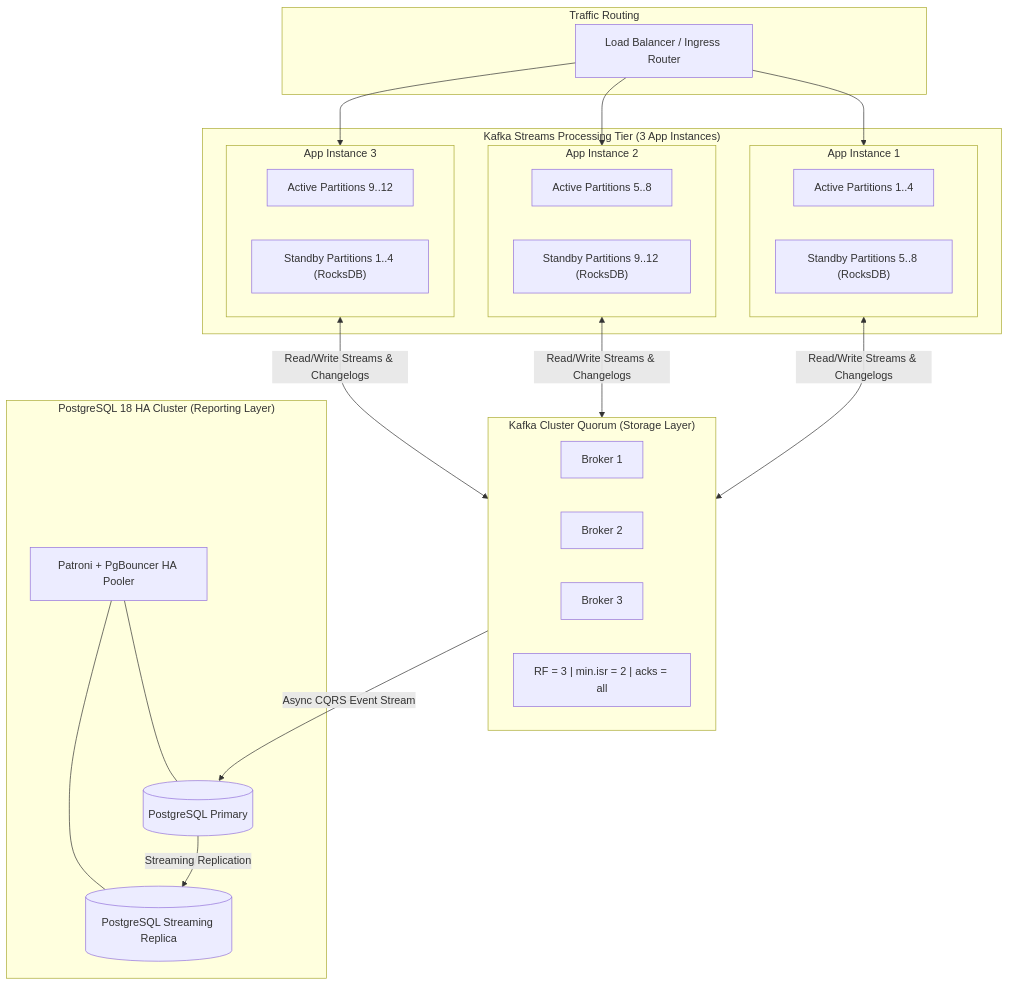
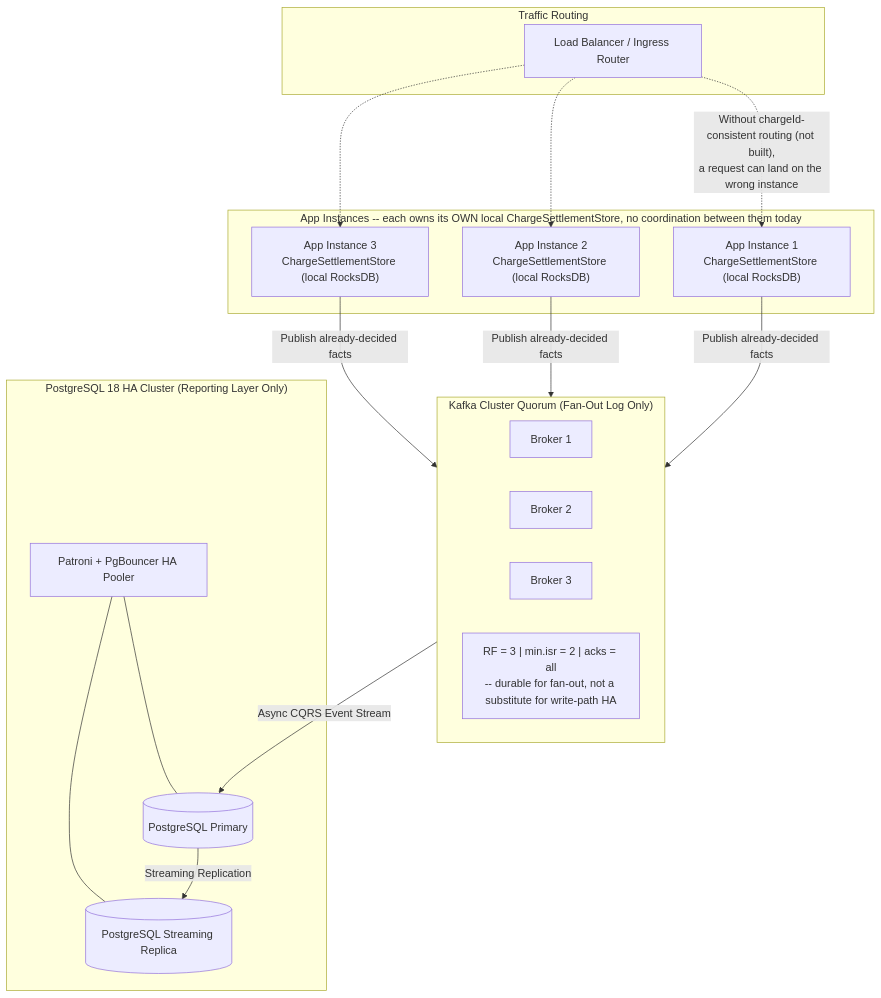
The seventh of 8 diagrams in README.md (artivisi/payment-gateway-evtsrc), drawn with Mermaid before and after one commit. The commit also changed other lines of this file and 5 other files, not shown here.

````diff
--- a/README.md
+++ b/README.md
@@ -526,50 +512,38 @@
 ```mermaid
 flowchart TD
     subgraph Edge ["Traffic Routing"]
         LB[Load Balancer / Ingress Router]
     end
 
-    subgraph App_Tier ["Kafka Streams Processing Tier (3 App Instances)"]
-        subgraph APP1 ["App Instance 1"]
-            A1_ACT["Active Partitions 1..4"]
-            A1_STB["Standby Partitions 5..8 (RocksDB)"]
-        end
-        subgraph APP2 ["App Instance 2"]
-            A2_ACT["Active Partitions 5..8"]
-            A2_STB["Standby Partitions 9..12 (RocksDB)"]
-        end
-        subgraph APP3 ["App Instance 3"]
-            A3_ACT["Active Partitions 9..12"]
-            A3_STB["Standby Partitions 1..4 (RocksDB)"]
-        end
+    subgraph App_Tier ["App Instances -- each owns its OWN local ChargeSettlementStore, no coordination between them today"]
+        APP1["App Instance 1<br/>ChargeSettlementStore (local RocksDB)"]
+        APP2["App Instance 2<br/>ChargeSettlementStore (local RocksDB)"]
+        APP3["App Instance 3<br/>ChargeSettlementStore (local RocksDB)"]
     end
 
-    subgraph Kafka_Tier ["Kafka Cluster Quorum (Storage Layer)"]
+    subgraph Kafka_Tier ["Kafka Cluster Quorum (Fan-Out Log Only)"]
         K1[Broker 1]
         K2[Broker 2]
         K3[Broker 3]
-        KAFKA_CFG["RF = 3 | min.isr = 2 | acks = all"]
+        KAFKA_CFG["RF = 3 | min.isr = 2 | acks = all<br/>-- durable for fan-out, not a substitute for write-path HA"]
     end
 
-    subgraph DB_Tier ["PostgreSQL 18 HA Cluster (Reporting Layer)"]
+    subgraph DB_Tier ["PostgreSQL 18 HA Cluster (Reporting Layer Only)"]
         PG_PRI[(PostgreSQL Primary)]
         PG_REP[(PostgreSQL Streaming Replica)]
         PATRONI["Patroni + PgBouncer HA Pooler"]
     end
 
-    %% Ingress routes
-    LB --> APP1
-    LB --> APP2
-    LB --> APP3
+    LB -.->|"Without chargeId-consistent routing (not built),<br/>a request can land on the wrong instance"| APP1
+    LB -.-> APP2
+    LB -.-> APP3
 
-    %% App to Kafka
-    APP1 <-->|Read/Write Streams & Changelogs| Kafka_Tier
-    APP2 <-->|Read/Write Streams & Changelogs| Kafka_Tier
-    APP3 <-->|Read/Write Streams & Changelogs| Kafka_Tier
+    APP1 -->|Publish already-decided facts| Kafka_Tier
+    APP2 -->|Publish already-decided facts| Kafka_Tier
+    APP3 -->|Publish already-decided facts| Kafka_Tier
 
-    %% Kafka to Postgres
     Kafka_Tier -->|Async CQRS Event Stream| PG_PRI
     PG_PRI -->|Streaming Replication| PG_REP
     PATRONI --- PG_PRI
     PATRONI --- PG_REP
 ```
````
